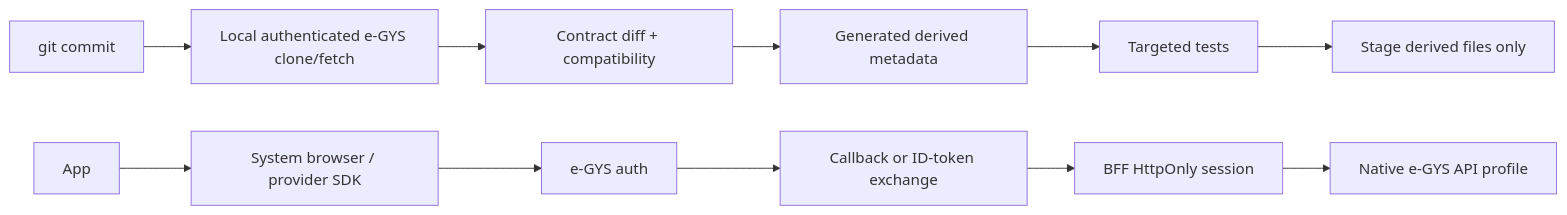
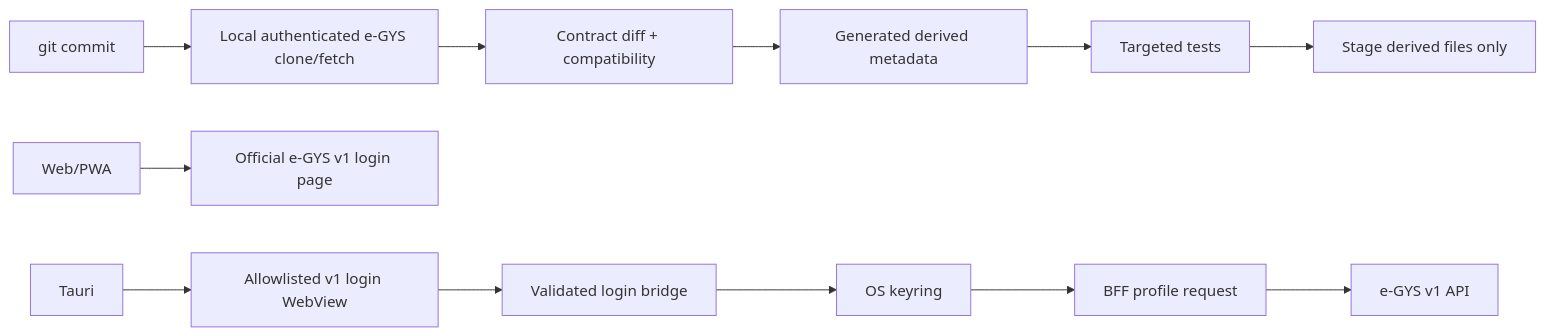
One commit to gyspnk/GYSApp-Tauri changed the eighth of 8 diagrams in README.md. Above: the diagram before and after it, drawn with Mermaid. The commit also changed other lines of this file and 77 other files, not shown here.

````diff
--- a/README.md
+++ b/README.md
@@ -155,9 +158,9 @@
 ```mermaid
 flowchart LR
   COMMIT["git commit"] --> SYNC["Local authenticated e-GYS clone/fetch"]
   SYNC --> DIFF["Contract diff + compatibility"] --> DERIVED["Generated derived metadata"]
   DERIVED --> TEST["Targeted tests"] --> STAGE["Stage derived files only"]
-  APP["App"] --> BROWSER["System browser / provider SDK"] --> OAUTH["e-GYS auth"]
-  OAUTH --> CALLBACK["Callback or ID-token exchange"] --> BFF["BFF HttpOnly session"]
-  BFF --> API["Native e-GYS API profile"]
+  WEB["Web/PWA"] --> LOGIN["Official e-GYS v1 login page"]
+  APP["Tauri"] --> WEBVIEW["Allowlisted v1 login WebView"] --> BRIDGE["Validated login bridge"]
+  BRIDGE --> KEYRING["OS keyring"] --> BFF["BFF profile request"] --> API["e-GYS v1 API"]
 ```
````
